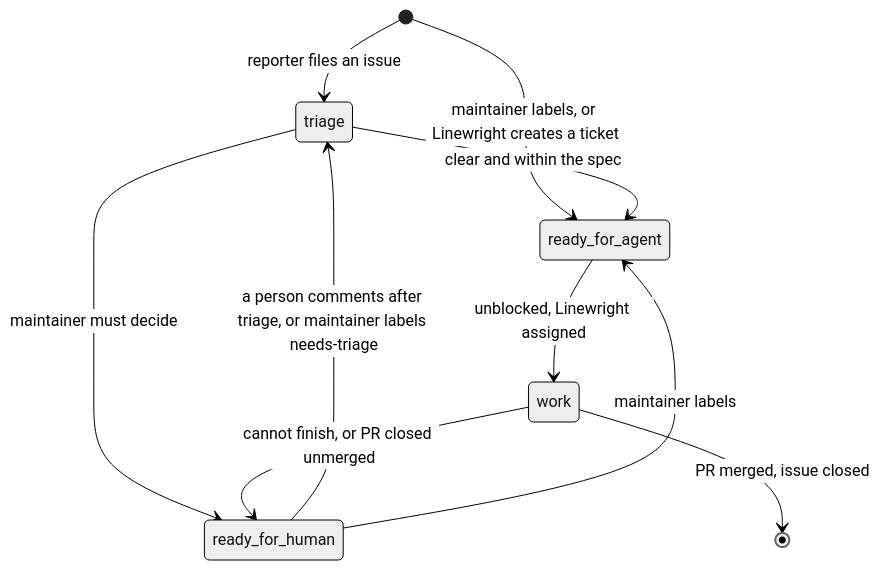
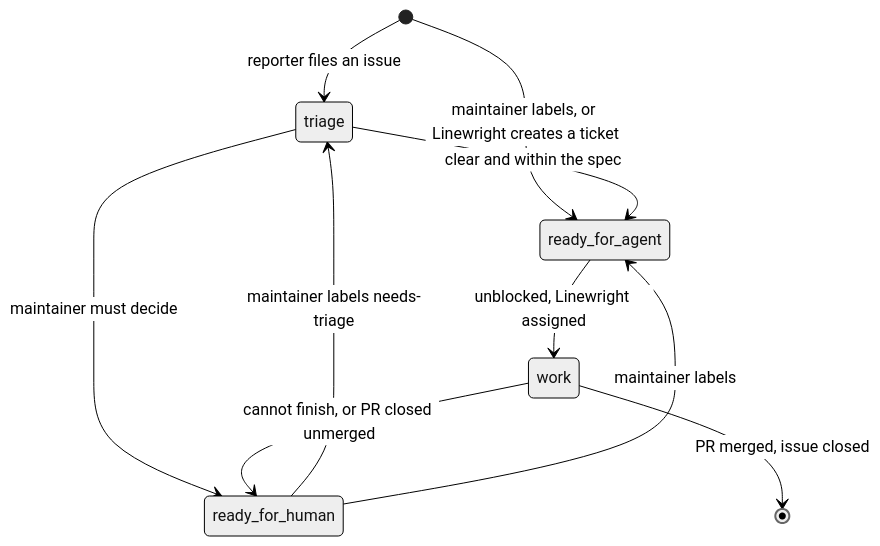
Before and after one commit to XRafik/linewright: the diagram in docs/specs/repository.md, drawn with Mermaid (neutral theme). The commit also changed other lines of this file and 11 other files, not shown here.

````diff
--- a/docs/specs/repository.md
+++ b/docs/specs/repository.md
@@ -107,12 +108,12 @@
 ```mermaid
 stateDiagram-v2
     [*] --> triage: reporter files an issue
     [*] --> ready_for_agent: maintainer labels, or Linewright creates a ticket
     triage --> ready_for_agent: clear and within the spec
     triage --> ready_for_human: maintainer must decide
-    ready_for_human --> triage: a person comments after triage, or maintainer labels needs-triage
+    ready_for_human --> triage: maintainer labels needs-triage
     ready_for_human --> ready_for_agent: maintainer labels
     ready_for_agent --> work: unblocked, Linewright assigned
     work --> ready_for_human: cannot finish, or PR closed unmerged
     work --> [*]: PR merged, issue closed
 ```
````
